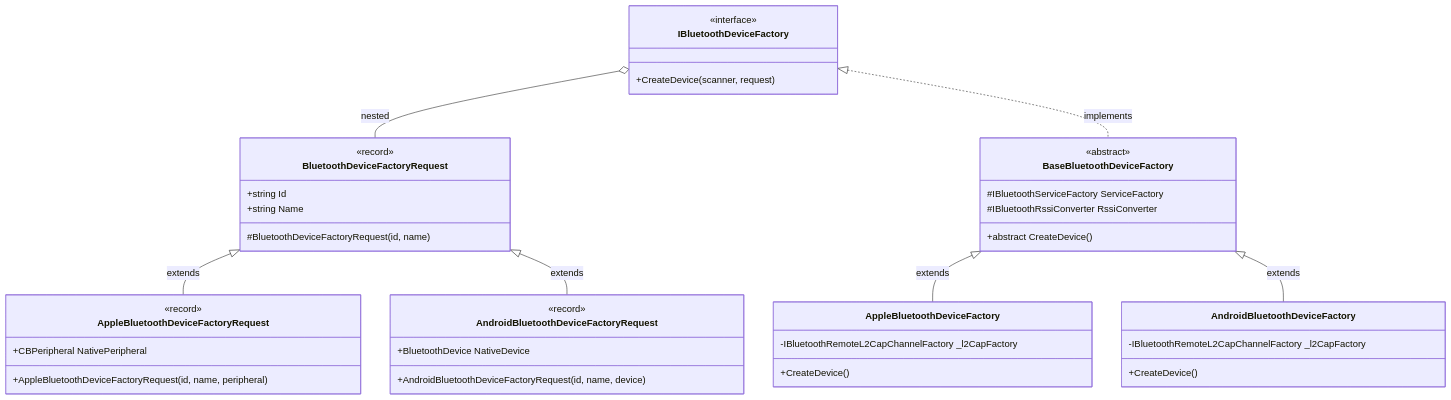
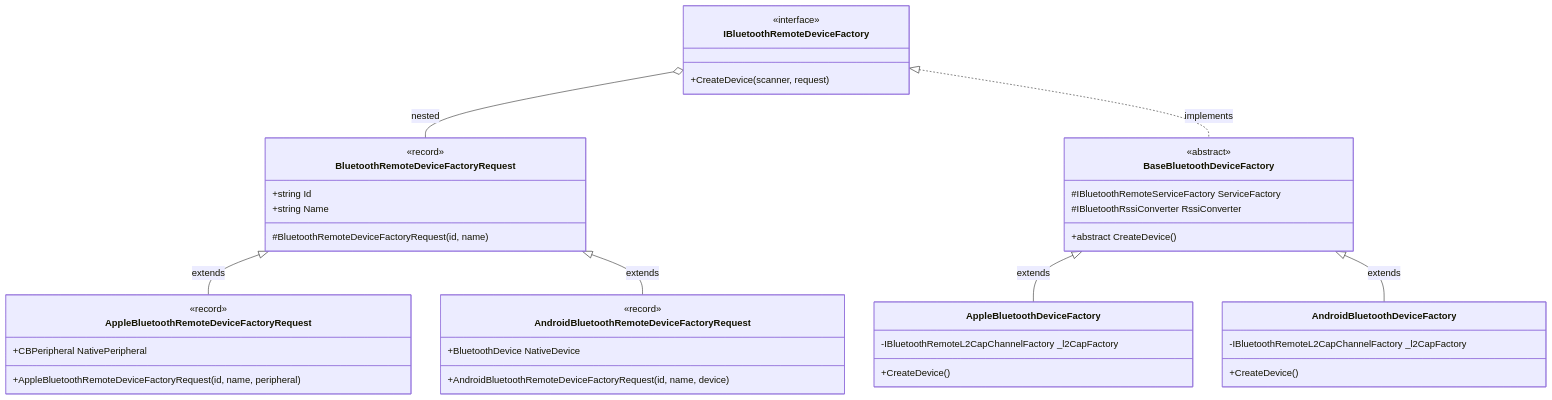
One commit to Laerdal/Plugin.Bluetooth changed the third of 13 diagrams in Docs/ARCHITECTURE_DIAGRAMS.md. Above: the diagram before and after it, drawn with Mermaid. The commit also changed other lines of this file and 155 other files, not shown here.

First line of the commit message:
refa (maui): rename device factory interfaces and specs to remote and update implementations

````diff
--- a/Docs/ARCHITECTURE_DIAGRAMS.md
+++ b/Docs/ARCHITECTURE_DIAGRAMS.md
@@ -129,50 +129,50 @@
 ```mermaid
 classDiagram
-    class IBluetoothDeviceFactory {
+    class IBluetoothRemoteDeviceFactory {
         <<interface>>
         +CreateDevice(scanner, request)
     }
 
-    class BluetoothDeviceFactoryRequest {
+    class BluetoothRemoteDeviceFactoryRequest {
         <<record>>
-        #BluetoothDeviceFactoryRequest(id, name)
+        #BluetoothRemoteDeviceFactoryRequest(id, name)
         +string Id
         +string Name
     }
 
     class BaseBluetoothDeviceFactory {
         <<abstract>>
-        #IBluetoothServiceFactory ServiceFactory
+        #IBluetoothRemoteServiceFactory ServiceFactory
         #IBluetoothRssiConverter RssiConverter
         +abstract CreateDevice()
     }
 
-    class AppleBluetoothDeviceFactoryRequest {
+    class AppleBluetoothRemoteDeviceFactoryRequest {
         <<record>>
-        +AppleBluetoothDeviceFactoryRequest(id, name, peripheral)
+        +AppleBluetoothRemoteDeviceFactoryRequest(id, name, peripheral)
         +CBPeripheral NativePeripheral
     }
 
     class AppleBluetoothDeviceFactory {
         -IBluetoothRemoteL2CapChannelFactory _l2CapFactory
         +CreateDevice()
     }
 
-    class AndroidBluetoothDeviceFactoryRequest {
+    class AndroidBluetoothRemoteDeviceFactoryRequest {
         <<record>>
-        +AndroidBluetoothDeviceFactoryRequest(id, name, device)
+        +AndroidBluetoothRemoteDeviceFactoryRequest(id, name, device)
         +BluetoothDevice NativeDevice
     }
 
     class AndroidBluetoothDeviceFactory {
         -IBluetoothRemoteL2CapChannelFactory _l2CapFactory
         +CreateDevice()
     }
 
-    IBluetoothDeviceFactory o-- BluetoothDeviceFactoryRequest : nested
-    IBluetoothDeviceFactory <|.. BaseBluetoothDeviceFactory : implements
+    IBluetoothRemoteDeviceFactory o-- BluetoothRemoteDeviceFactoryRequest : nested
+    IBluetoothRemoteDeviceFactory <|.. BaseBluetoothDeviceFactory : implements
     BaseBluetoothDeviceFactory <|-- AppleBluetoothDeviceFactory : extends
     BaseBluetoothDeviceFactory <|-- AndroidBluetoothDeviceFactory : extends
-    BluetoothDeviceFactoryRequest <|-- AppleBluetoothDeviceFactoryRequest : extends
-    BluetoothDeviceFactoryRequest <|-- AndroidBluetoothDeviceFactoryRequest : extends
+    BluetoothRemoteDeviceFactoryRequest <|-- AppleBluetoothRemoteDeviceFactoryRequest : extends
+    BluetoothRemoteDeviceFactoryRequest <|-- AndroidBluetoothRemoteDeviceFactoryRequest : extends
 ```
````
